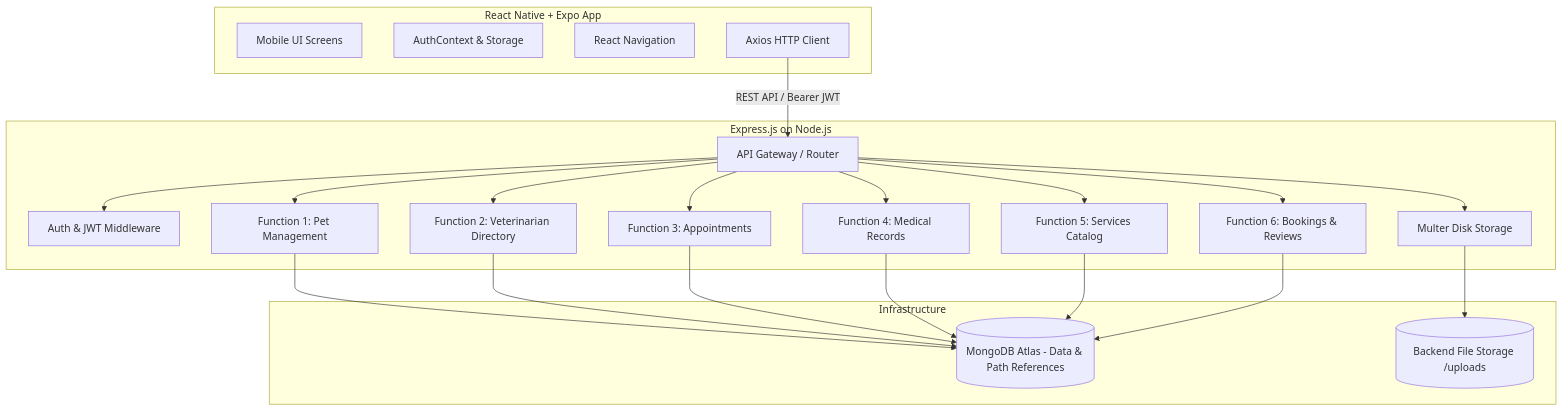
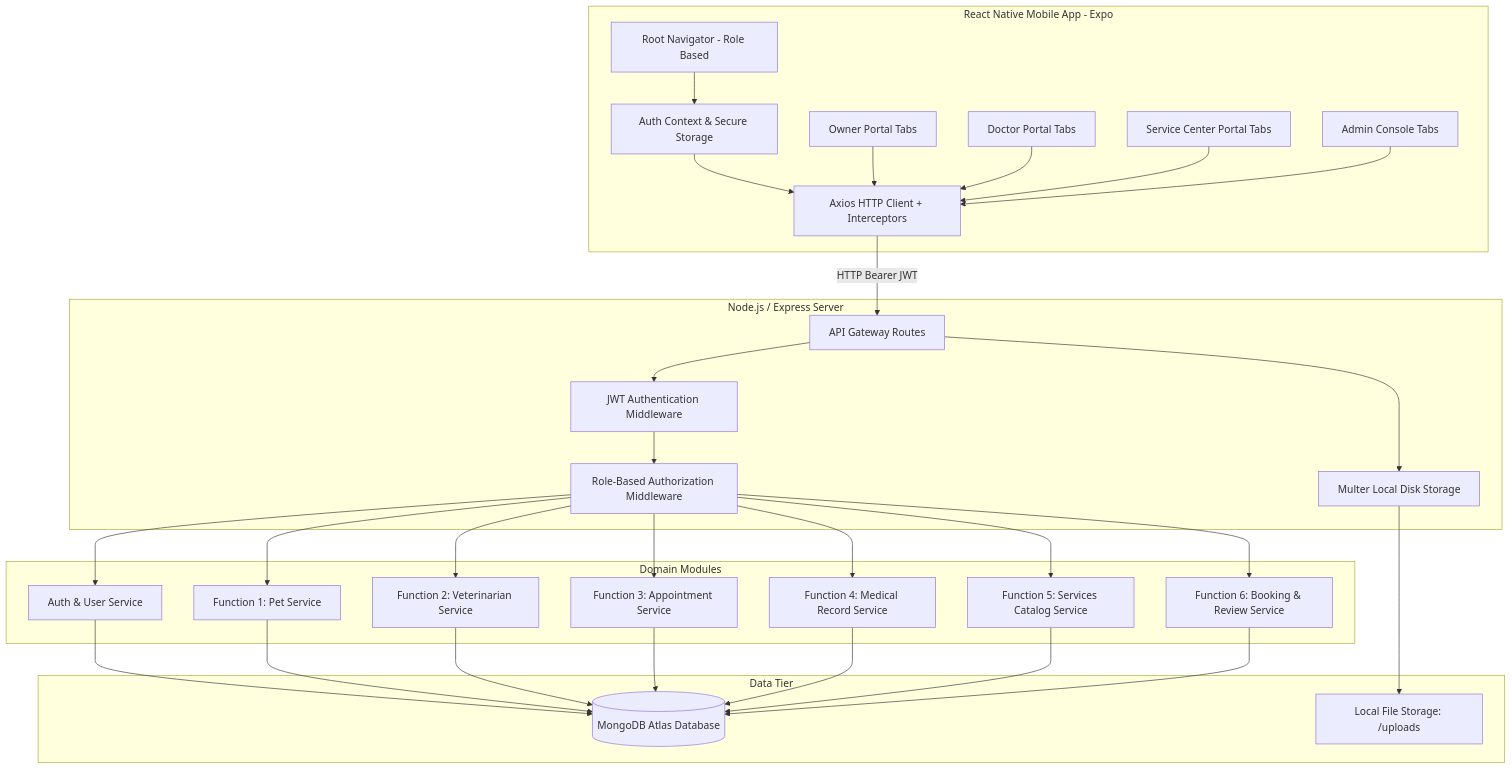
The diagram in README.md (Dilshan-Pasindu/Pet-Care), drawn with Mermaid before and after one commit. The commit also changed other lines of this file, not shown here.

Commit message:
docs: fully analyze and update README with system architecture, portals & workflows

````diff
--- a/README.md
+++ b/README.md
@@ -59,39 +138,45 @@
 ```mermaid
 graph TD
-    subgraph Mobile Frontend [React Native + Expo App]
-        UI[Mobile UI Screens]
-        Ctx[AuthContext & Storage]
-        Nav[React Navigation]
-        Ax[Axios HTTP Client]
+    subgraph Client [React Native Mobile App - Expo]
+        Nav[Root Navigator - Role Based]
+        AuthCtx[Auth Context & Secure Storage]
+        OwnerTabs[Owner Portal Tabs]
+        VetTabs[Doctor Portal Tabs]
+        CenterTabs[Service Center Portal Tabs]
+        AdminTabs[Admin Console Tabs]
+        AxClient[Axios HTTP Client + Interceptors]
     end
 
-    subgraph Backend Services [Express.js on Node.js]
-        Router[API Gateway / Router]
-        AuthMid[Auth & JWT Middleware]
-        UploadMid[Multer Disk Storage]
-        F1[Function 1: Pet Management]
-        F2[Function 2: Veterinarian Directory]
-        F3[Function 3: Appointments]
-        F4[Function 4: Medical Records]
-        F5[Function 5: Services Catalog]
-        F6[Function 6: Bookings & Reviews]
-
-        Router --> AuthMid
-        Router --> UploadMid
-        Router --> F1
-        Router --> F2
-        Router --> F3
-        Router --> F4
-        Router --> F5
-        Router --> F6
+    subgraph API Gateway [Node.js / Express Server]
+        Router[API Gateway Routes]
+        AuthMW[JWT Authentication Middleware]
+        RoleMW[Role-Based Authorization Middleware]
+        UploadMW[Multer Local Disk Storage]
     end
 
-    subgraph Infrastructure
-        DB[(MongoDB Atlas - Data & Path References)]
-        Storage[(Backend File Storage /uploads)]
+    subgraph Service Layer [Domain Modules]
+        AuthSvc[Auth & User Service]
+        PetSvc[Function 1: Pet Service]
+        VetSvc[Function 2: Veterinarian Service]
+        ApptSvc[Function 3: Appointment Service]
+        MedSvc[Function 4: Medical Record Service]
+        ServSvc[Function 5: Services Catalog Service]
+        BookSvc[Function 6: Booking & Review Service]
     end
 
-    Ax -- REST API / Bearer JWT --> Router
-    F1 & F2 & F3 & F4 & F5 & F6 --> DB
-    UploadMid --> Storage
+    subgraph Persistence [Data Tier]
+        Mongo[(MongoDB Atlas Database)]
+        Disk[Local File Storage: /uploads]
+    end
+
+    Nav --> AuthCtx
+    AuthCtx --> AxClient
+    OwnerTabs & VetTabs & CenterTabs & AdminTabs --> AxClient
+    AxClient -- HTTP Bearer JWT --> Router
+
+    Router --> AuthMW --> RoleMW
+    Router --> UploadMW --> Disk
+    RoleMW --> AuthSvc & PetSvc & VetSvc & ApptSvc & MedSvc & ServSvc & BookSvc
+
+    AuthSvc & PetSvc & VetSvc & ApptSvc & MedSvc & ServSvc & BookSvc --> Mongo
 ```
````
